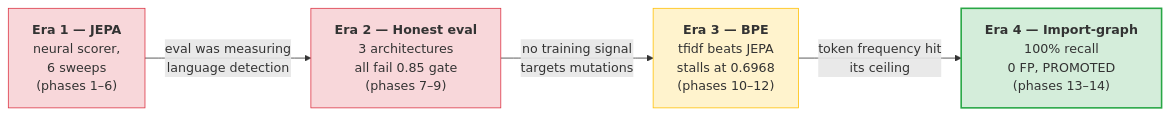
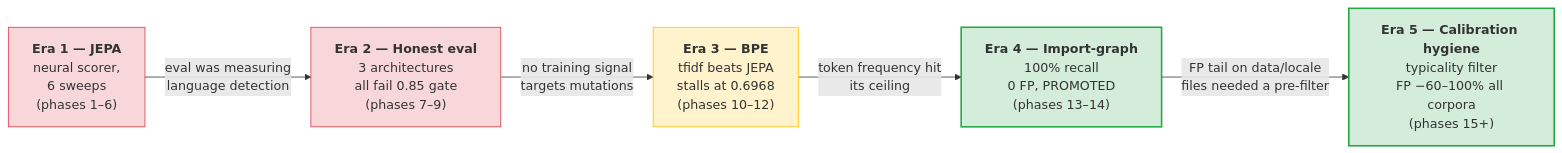
The first of 2 diagrams in docs/research/README.md (get-tmonier/argot), drawn with Mermaid before and after one commit. The commit also changed other lines of this file, not shown here.

Commit message:
docs(research): thread era 5 through README (flow, timeline, chart, next)

````diff
--- a/docs/research/README.md
+++ b/docs/research/README.md
@@ -17,16 +17,20 @@
 ```mermaid
 flowchart LR
     E1["<b>Era 1 — JEPA</b><br/>neural scorer,<br/>6 sweeps<br/>(phases 1–6)"]
     E2["<b>Era 2 — Honest eval</b><br/>3 architectures<br/>all fail 0.85 gate<br/>(phases 7–9)"]
     E3["<b>Era 3 — BPE</b><br/>tfidf beats JEPA<br/>stalls at 0.6968<br/>(phases 10–12)"]
     E4["<b>Era 4 — Import-graph</b><br/>100% recall<br/>0 FP, PROMOTED<br/>(phases 13–14)"]
 
     E1 -->|"eval was measuring<br/>language detection"| E2
     E2 -->|"no training signal<br/>targets mutations"| E3
     E3 -->|"token frequency hit<br/>its ceiling"| E4
+    E4 -->|"FP tail on data/locale<br/>files needed a pre-filter"| E5
+
+    E5["<b>Era 5 — Calibration hygiene</b><br/>typicality filter<br/>FP −60–100% all corpora<br/>(phases 15+)"]
 
     style E4 fill:#d4edda,stroke:#28a745,stroke-width:2px
+    style E5 fill:#d4edda,stroke:#28a745,stroke-width:2px
     style E1 fill:#f8d7da,stroke:#dc3545
     style E2 fill:#f8d7da,stroke:#dc3545
     style E3 fill:#fff3cd,stroke:#ffc107
 ```
````
